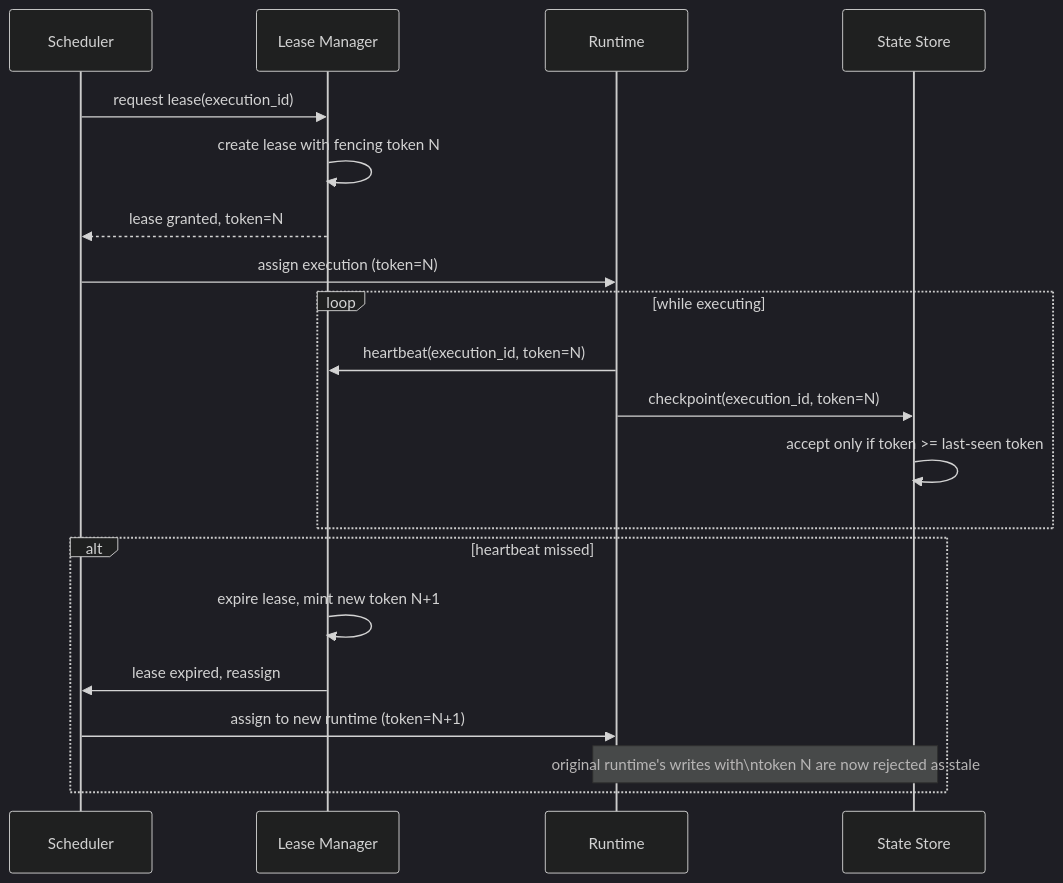
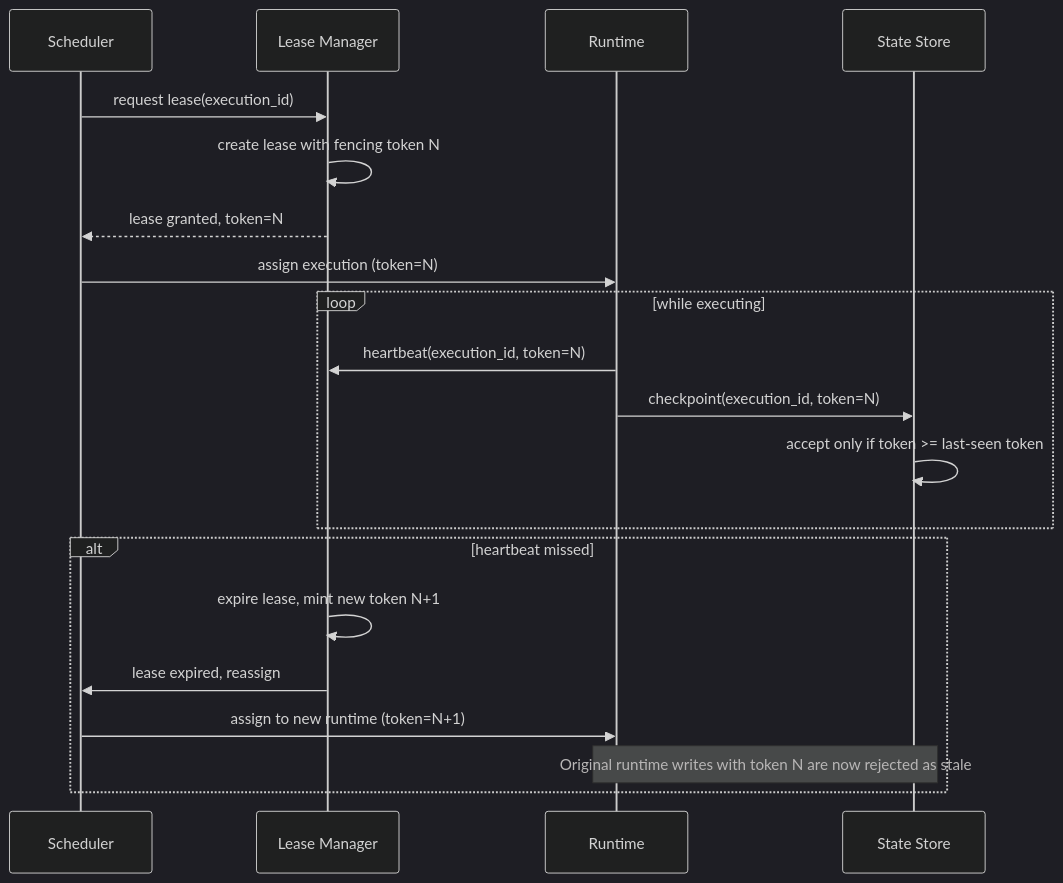
The fourth of 4 diagrams in learning/agentic-ai-system-design/02-agent-lifecycle-and-runtime.md (dsgouda7/ai-portfolio), drawn with Mermaid (dark theme) before and after one commit. The commit also changed other lines of this file and 11 other files, not shown here.

````diff
--- a/learning/agentic-ai-system-design/02-agent-lifecycle-and-runtime.md
+++ b/learning/agentic-ai-system-design/02-agent-lifecycle-and-runtime.md
@@ -219,23 +219,23 @@
 ```mermaid
 sequenceDiagram
     participant Sch as Scheduler
     participant LM as Lease Manager
     participant Rt as Runtime
     participant SS as State Store
 
     Sch->>LM: request lease(execution_id)
     LM->>LM: create lease with fencing token N
     LM-->>Sch: lease granted, token=N
     Sch->>Rt: assign execution (token=N)
     loop while executing
         Rt->>LM: heartbeat(execution_id, token=N)
         Rt->>SS: checkpoint(execution_id, token=N)
         SS->>SS: accept only if token >= last-seen token
     end
     alt heartbeat missed
         LM->>LM: expire lease, mint new token N+1
         LM->>Sch: lease expired, reassign
         Sch->>Rt: assign to new runtime (token=N+1)
-        Note over Rt,SS: original runtime's writes with\ntoken N are now rejected as stale
+        Note over Rt,SS: Original runtime writes with token N are now rejected as stale
     end
 ```
````
